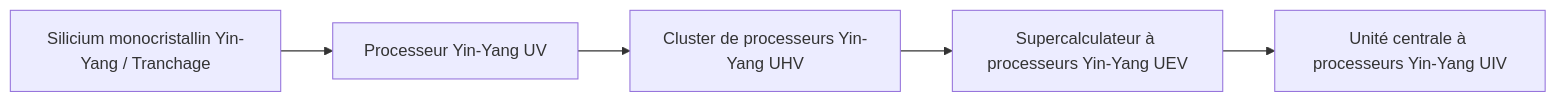
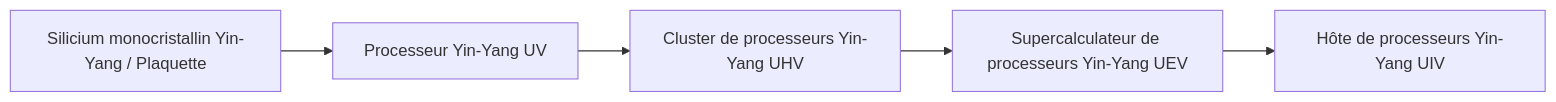
One commit to takanashisatou/GregtechEasy changed the second of 2 diagrams in docs/fr/gtecore/circuits-and-materials.md. Above: the diagram before and after it, drawn with Mermaid. The commit also changed other lines of this file and 138 other files, not shown here.

````diff
--- a/docs/fr/gtecore/circuits-and-materials.md
+++ b/docs/fr/gtecore/circuits-and-materials.md
@@ -30,7 +30,7 @@
 ```mermaid
 graph LR
-    A[Silicium monocristallin Yin-Yang / Tranchage] --> B[Processeur Yin-Yang UV]
+    A[Silicium monocristallin Yin-Yang / Plaquette] --> B[Processeur Yin-Yang UV]
     B --> C[Cluster de processeurs Yin-Yang UHV]
-    C --> D[Supercalculateur à processeurs Yin-Yang UEV]
-    D --> E[Unité centrale à processeurs Yin-Yang UIV]
+    C --> D[Supercalculateur de processeurs Yin-Yang UEV]
+    D --> E[Hôte de processeurs Yin-Yang UIV]
 ```
````
